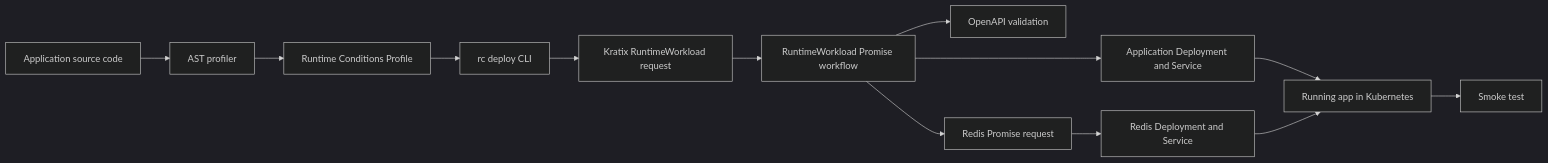
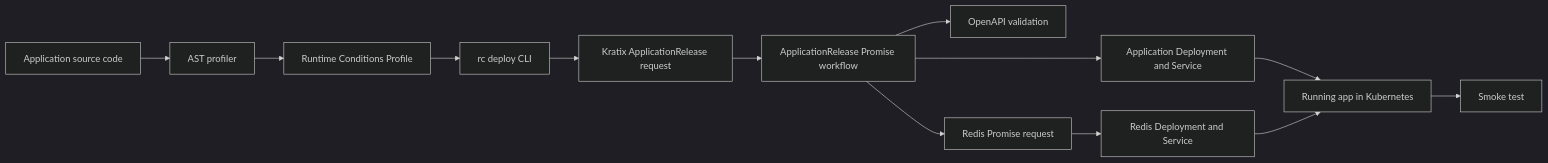
The diagram in docs/core/kratix-runtime-conditions-implementation-proposal.md (colinjlacy/runtime-conditions-profiles), drawn with Mermaid (dark theme) before and after one commit. The commit also changed other lines of this file and 23 other files, not shown here.

````diff
--- a/docs/core/kratix-runtime-conditions-implementation-proposal.md
+++ b/docs/core/kratix-runtime-conditions-implementation-proposal.md
@@ -95,15 +95,15 @@
 ```mermaid
 flowchart LR
   A["Application source code"] --> B["AST profiler"]
   B --> C["Runtime Conditions Profile"]
   C --> D["rc deploy CLI"]
-  D --> E["Kratix RuntimeWorkload request"]
-  E --> F["RuntimeWorkload Promise workflow"]
+  D --> E["Kratix ApplicationRelease request"]
+  E --> F["ApplicationRelease Promise workflow"]
   F --> G["OpenAPI validation"]
   F --> H["Redis Promise request"]
   F --> I["Application Deployment and Service"]
   H --> J["Redis Deployment and Service"]
   I --> K["Running app in Kubernetes"]
   J --> K
   K --> L["Smoke test"]
 ```
````
